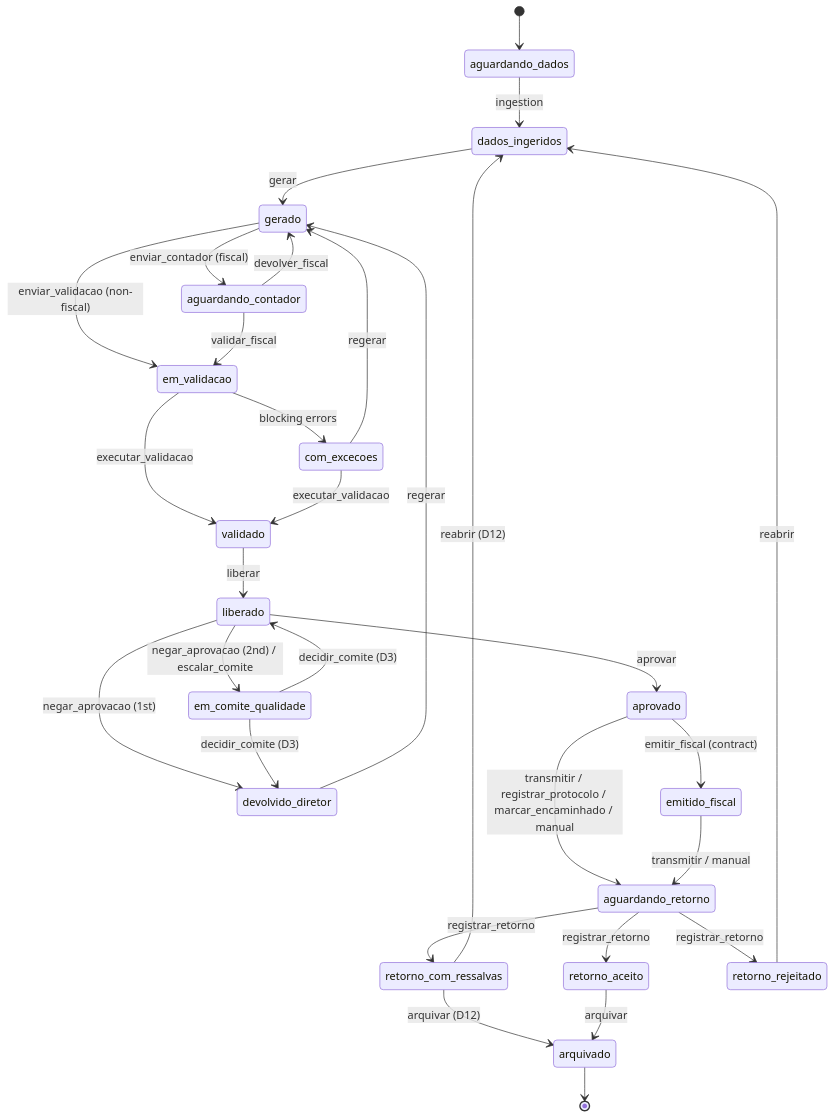
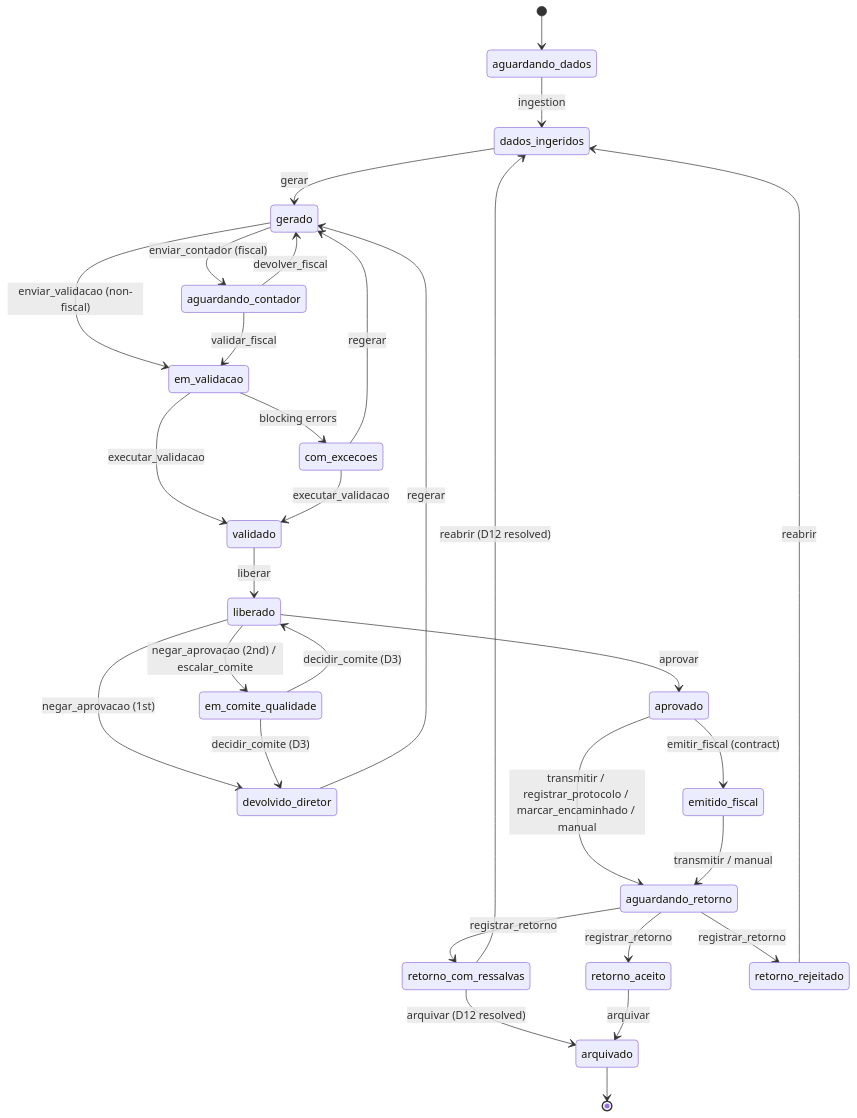
Before and after one commit to manucadev81/videnas-app: the diagram in docs/backlog-front-approval-flow.md, drawn with Mermaid. The commit also changed other lines of this file and 38 other files, not shown here.

First line of the commit message:
feat: approval flow R2 - regulator return (ACAM213), archive with exit seal and retention

````diff
--- a/docs/backlog-front-approval-flow.md
+++ b/docs/backlog-front-approval-flow.md
@@ -141,32 +145,32 @@
 ```mermaid
 stateDiagram-v2
     [*] --> aguardando_dados
     aguardando_dados --> dados_ingeridos: ingestion
     dados_ingeridos --> gerado: gerar
     gerado --> em_validacao: enviar_validacao (non-fiscal)
     gerado --> aguardando_contador: enviar_contador (fiscal)
     aguardando_contador --> em_validacao: validar_fiscal
     aguardando_contador --> gerado: devolver_fiscal
     em_validacao --> validado: executar_validacao
     em_validacao --> com_excecoes: blocking errors
     com_excecoes --> validado: executar_validacao
     com_excecoes --> gerado: regerar
     validado --> liberado: liberar
     liberado --> aprovado: aprovar
     liberado --> devolvido_diretor: negar_aprovacao (1st)
     liberado --> em_comite_qualidade: negar_aprovacao (2nd) / escalar_comite
     devolvido_diretor --> gerado: regerar
     em_comite_qualidade --> devolvido_diretor: decidir_comite (D3)
     em_comite_qualidade --> liberado: decidir_comite (D3)
     aprovado --> emitido_fiscal: emitir_fiscal (contract)
     aprovado --> aguardando_retorno: transmitir / registrar_protocolo / marcar_encaminhado / manual
     emitido_fiscal --> aguardando_retorno: transmitir / manual
     aguardando_retorno --> retorno_aceito: registrar_retorno
     aguardando_retorno --> retorno_com_ressalvas: registrar_retorno
     aguardando_retorno --> retorno_rejeitado: registrar_retorno
     retorno_rejeitado --> dados_ingeridos: reabrir
-    retorno_com_ressalvas --> dados_ingeridos: reabrir (D12)
-    retorno_com_ressalvas --> arquivado: arquivar (D12)
+    retorno_com_ressalvas --> dados_ingeridos: reabrir (D12 resolved)
+    retorno_com_ressalvas --> arquivado: arquivar (D12 resolved)
     retorno_aceito --> arquivado: arquivar
     arquivado --> [*]
 ```
````
